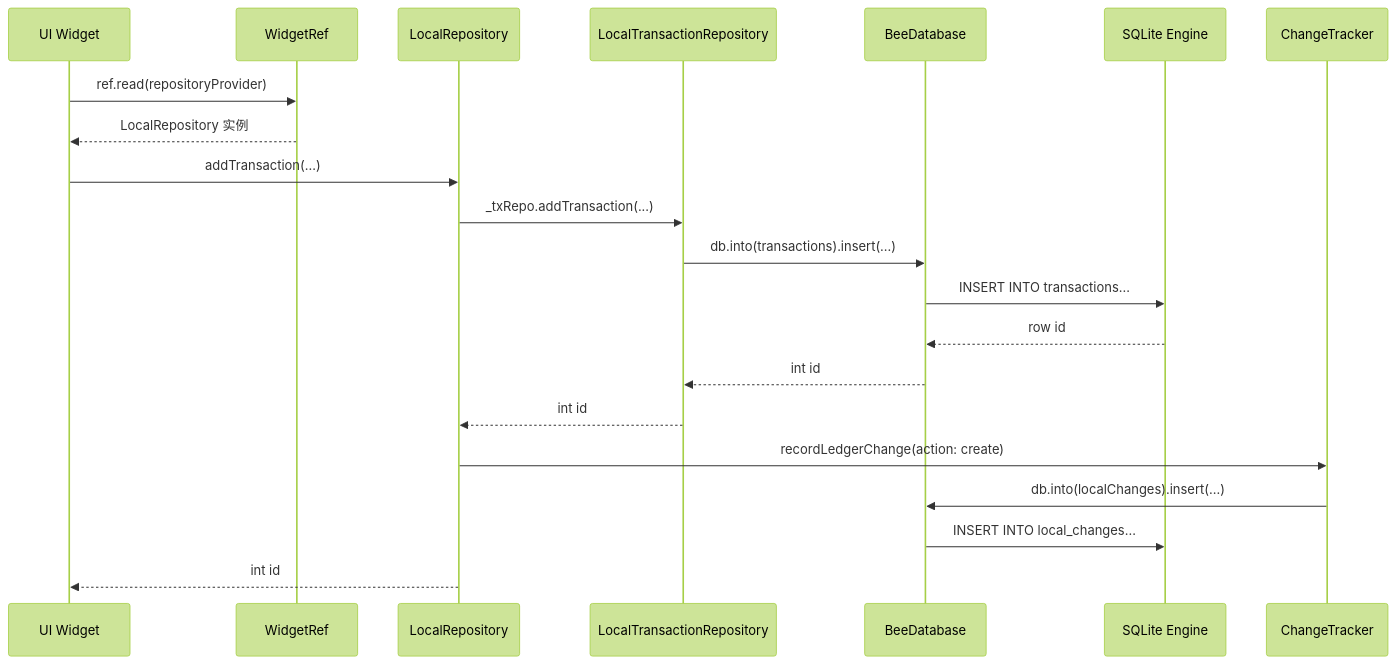
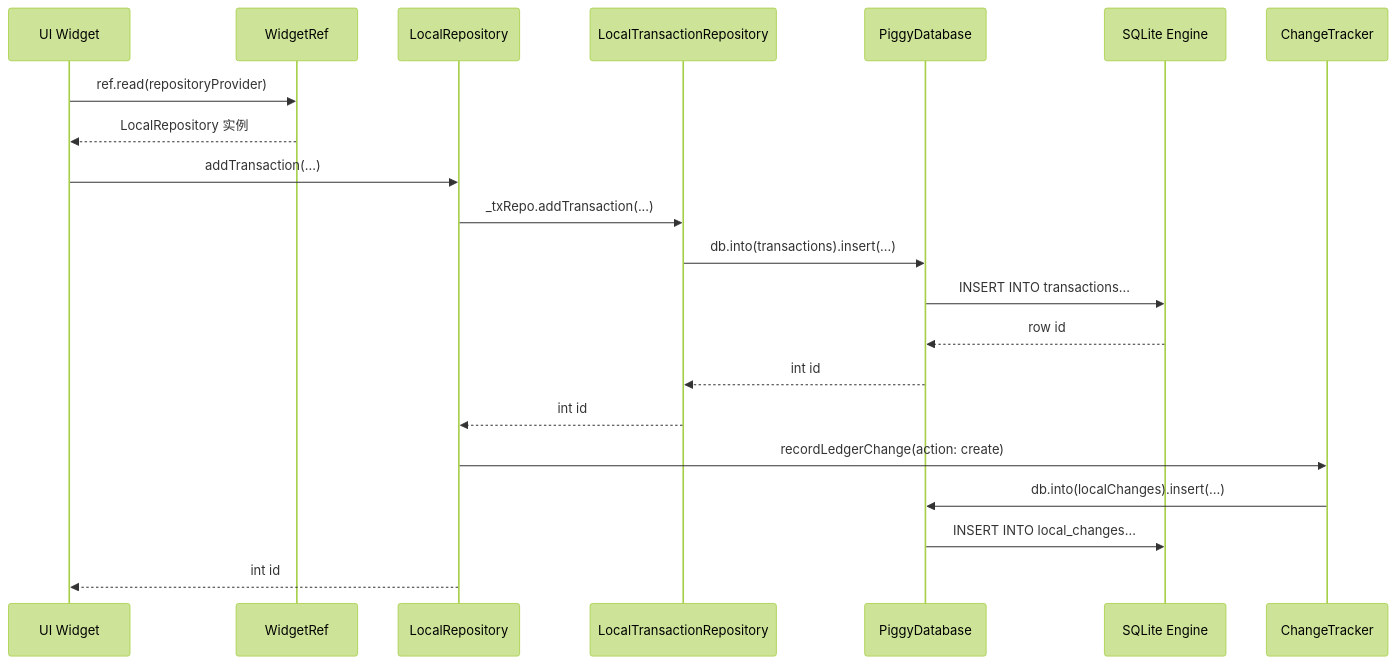
Before and after one commit to mecoren/PiggyCount: the third of 4 diagrams in docoments/03-tech-stack.md, drawn with Mermaid (forest theme). The commit also changed other lines of this file and 19 other files, not shown here.

First line of the commit message:
docs: 工程文档与 known-issues 同步至 schema 58 / 快照同步（2026-10-17）

````diff
--- a/docoments/03-tech-stack.md
+++ b/docoments/03-tech-stack.md
@@ -296,24 +298,24 @@
 ```mermaid
 sequenceDiagram
     participant UI as UI Widget
     participant Ref as WidgetRef
     participant Repo as LocalRepository
     participant SubRepo as LocalTransactionRepository
-    participant DB as BeeDatabase
+    participant DB as PiggyDatabase
     participant SQLite as SQLite Engine
     participant Tracker as ChangeTracker
 
     UI->>Ref: ref.read(repositoryProvider)
     Ref-->>UI: LocalRepository 实例
     UI->>Repo: addTransaction(...)
     Repo->>SubRepo: _txRepo.addTransaction(...)
     SubRepo->>DB: db.into(transactions).insert(...)
     DB->>SQLite: INSERT INTO transactions...
     SQLite-->>DB: row id
     DB-->>SubRepo: int id
     SubRepo-->>Repo: int id
     Repo->>Tracker: recordLedgerChange(action: create)
     Tracker->>DB: db.into(localChanges).insert(...)
     DB->>SQLite: INSERT INTO local_changes...
     Repo-->>UI: int id
 ```
````
